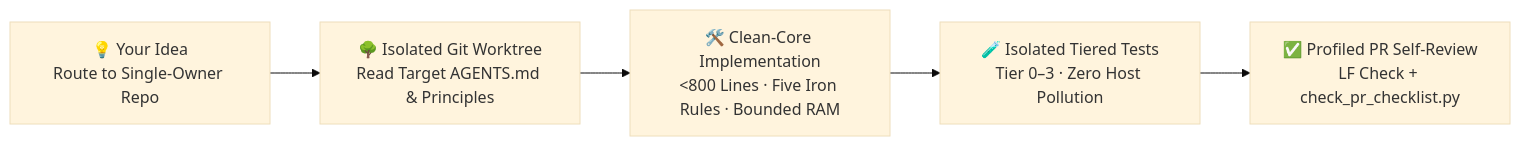
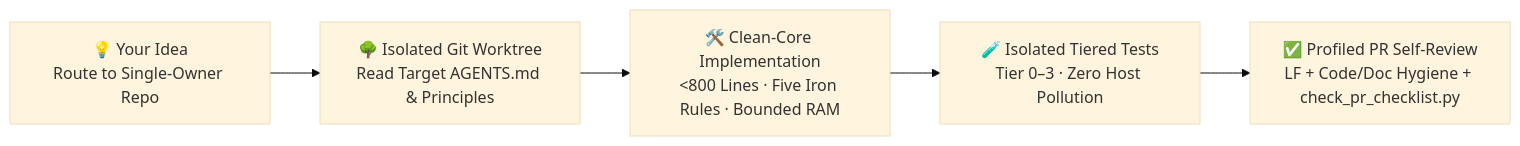
The diagram in CONTRIBUTING.en.md (mindie-agent/mindie-agent), drawn with Mermaid (base theme) before and after one commit. The commit also changed other lines of this file and 18 other files, not shown here.

Commit message:
feat(gate): add cross-repo code/doc hygiene gate, harden PR checklist, and sync living docs (#385)

````diff
--- a/CONTRIBUTING.en.md
+++ b/CONTRIBUTING.en.md
@@ -87,7 +87,7 @@
 ```mermaid
 flowchart LR
   A["💡 Your Idea<br/>Route to Single-Owner Repo"] --> B["🌳 Isolated Git Worktree<br/>Read Target AGENTS.md & Principles"]
   B --> C["🛠️ Clean-Core Implementation<br/>&lt;800 Lines · Five Iron Rules · Bounded RAM"]
   C --> D["🧪 Isolated Tiered Tests<br/>Tier 0–3 · Zero Host Pollution"]
-  D --> E["✅ Profiled PR Self-Review<br/>LF Check + check_pr_checklist.py"]
+  D --> E["✅ Profiled PR Self-Review<br/>LF + Code/Doc Hygiene + check_pr_checklist.py"]
 ```
````
